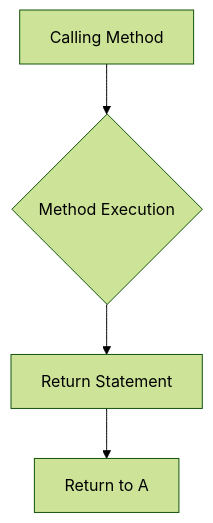
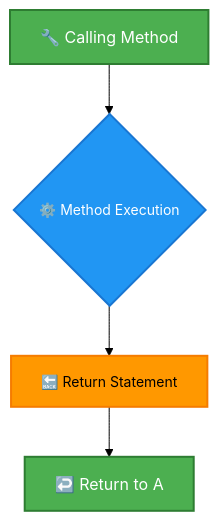
The tenth of 10 diagrams in _posts/2024-12-05-04.-flow-control-in-java.md (infoyouth/infoyouth.github.io), drawn with Mermaid (forest theme) before and after one commit. The commit also changed other lines of this file, not shown here.

````diff
--- a/_posts/2024-12-05-04.-flow-control-in-java.md
+++ b/_posts/2024-12-05-04.-flow-control-in-java.md
@@ -957,6 +975,13 @@
 ```mermaid
 graph TD
-    A[Calling Method] --> B{Method Execution};
-    B --> C[Return Statement];
-    C --> D[Return to A];
+    A[🔧 Calling Method] --> B{⚙️ Method Execution};
+    B --> C[🔙 Return Statement];
+    C --> D[↩️ Return to A];
+
+    %% Node Styles
+    style A fill:#4CAF50,stroke:#2E7D32,stroke-width:2px,color:#FFFFFF,font-size:16px
+    style B fill:#2196F3,stroke:#1976D2,stroke-width:2px,color:#FFFFFF,font-size:14px
+    style C fill:#FF9800,stroke:#F57C00,stroke-width:2px,color:#000000,font-size:14px
+    style D fill:#4CAF50,stroke:#2E7D32,stroke-width:2px,color:#FFFFFF,font-size:16px
+
 ```
````
